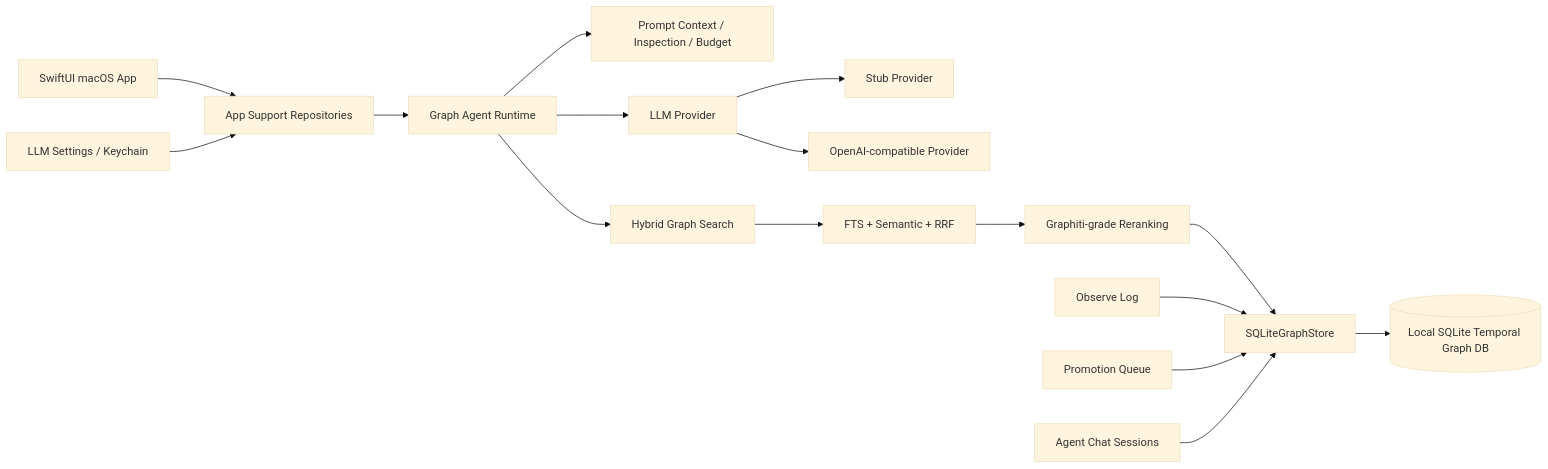
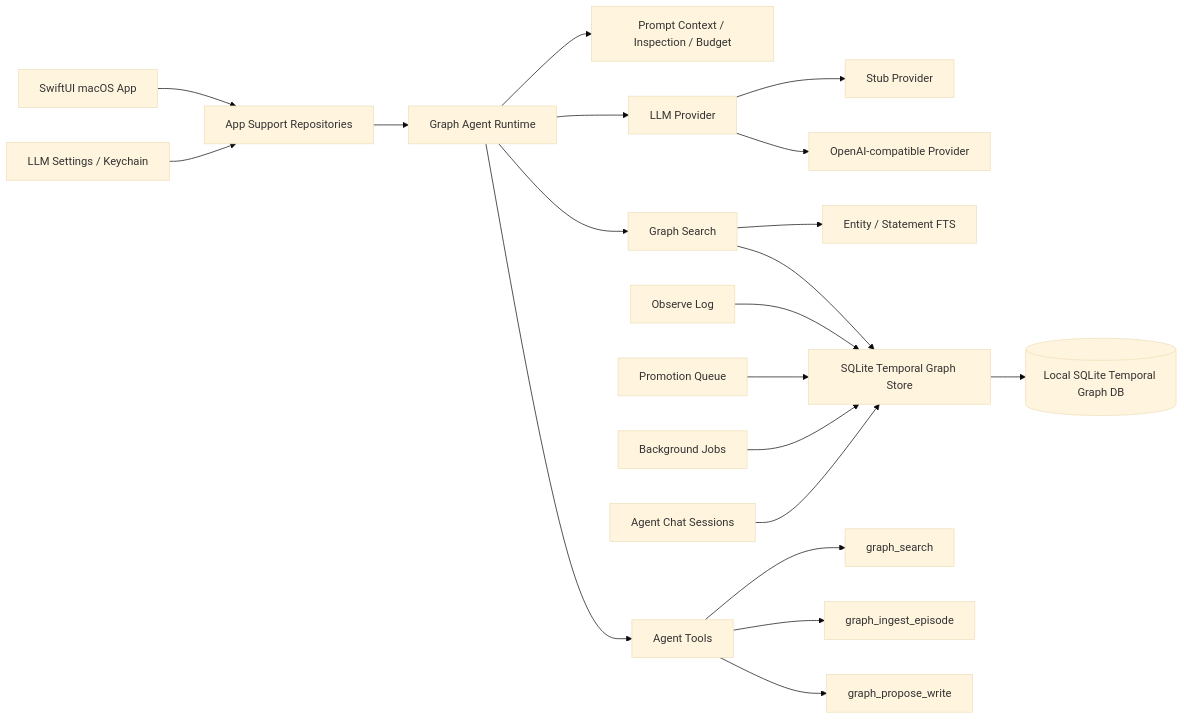
One commit to duanshiwen/connor-graph-agent-mac changed the first of 3 diagrams in README.md. Above: the diagram before and after it, drawn with Mermaid (base theme). The commit also changed other lines of this file, not shown here.

Commit message:
docs: clarify commercial graph agent roadmap

````diff
--- a/README.md
+++ b/README.md
@@ -166,20 +182,25 @@
 ```mermaid
 graph LR
     UI[SwiftUI macOS App] --> AppSupport[App Support Repositories]
     AppSupport --> Agent[Graph Agent Runtime]
     Agent --> Prompt[Prompt Context / Inspection / Budget]
     Agent --> LLM[LLM Provider]
     LLM --> Stub[Stub Provider]
     LLM --> OpenAI[OpenAI-compatible Provider]
 
-    Agent --> Search[Hybrid Graph Search]
-    Search --> RRF[FTS + Semantic + RRF]
-    RRF --> Rerank[Graphiti-grade Reranking]
-    Rerank --> Store[SQLiteGraphStore]
+    Agent --> Search[Graph Search]
+    Search --> FTS[Entity / Statement FTS]
+    Search --> Store[SQLite Temporal Graph Store]
+
+    Agent --> Tools[Agent Tools]
+    Tools --> Read[graph_search]
+    Tools --> Ingest[graph_ingest_episode]
+    Tools --> Propose[graph_propose_write]
 
     Observe[Observe Log] --> Store
     Promotion[Promotion Queue] --> Store
+    Jobs[Background Jobs] --> Store
     Chat[Agent Chat Sessions] --> Store
     Settings[LLM Settings / Keychain] --> AppSupport
     Store --> SQLite[(Local SQLite Temporal Graph DB)]
 ```
````
